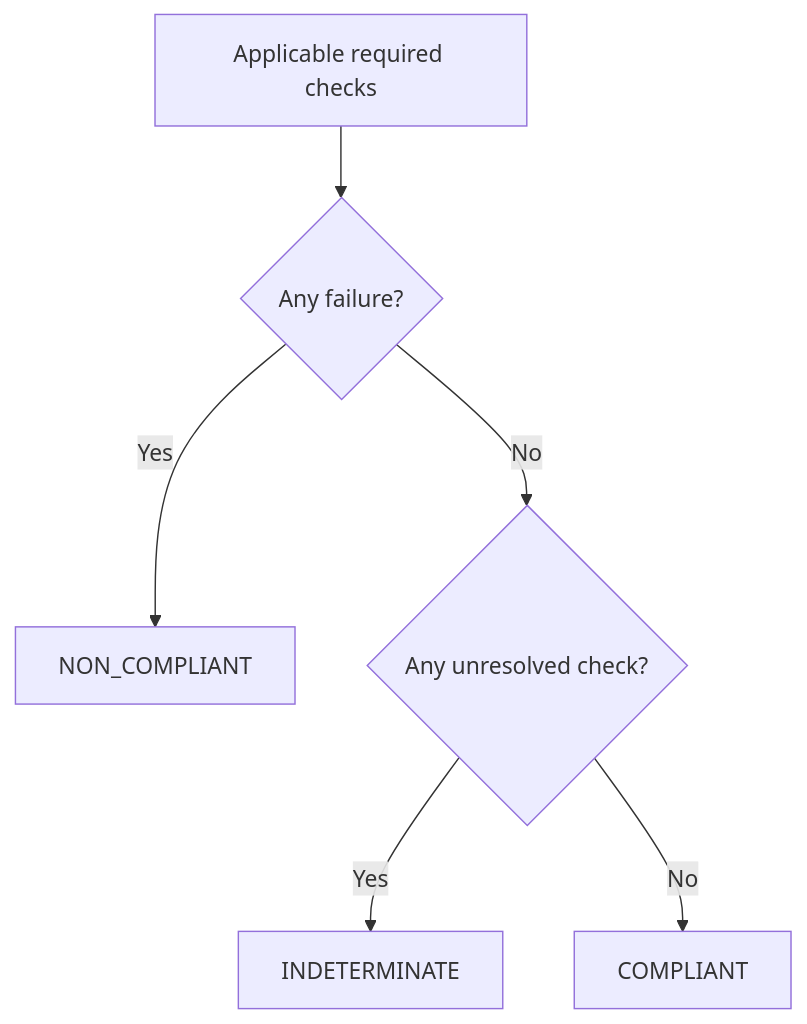
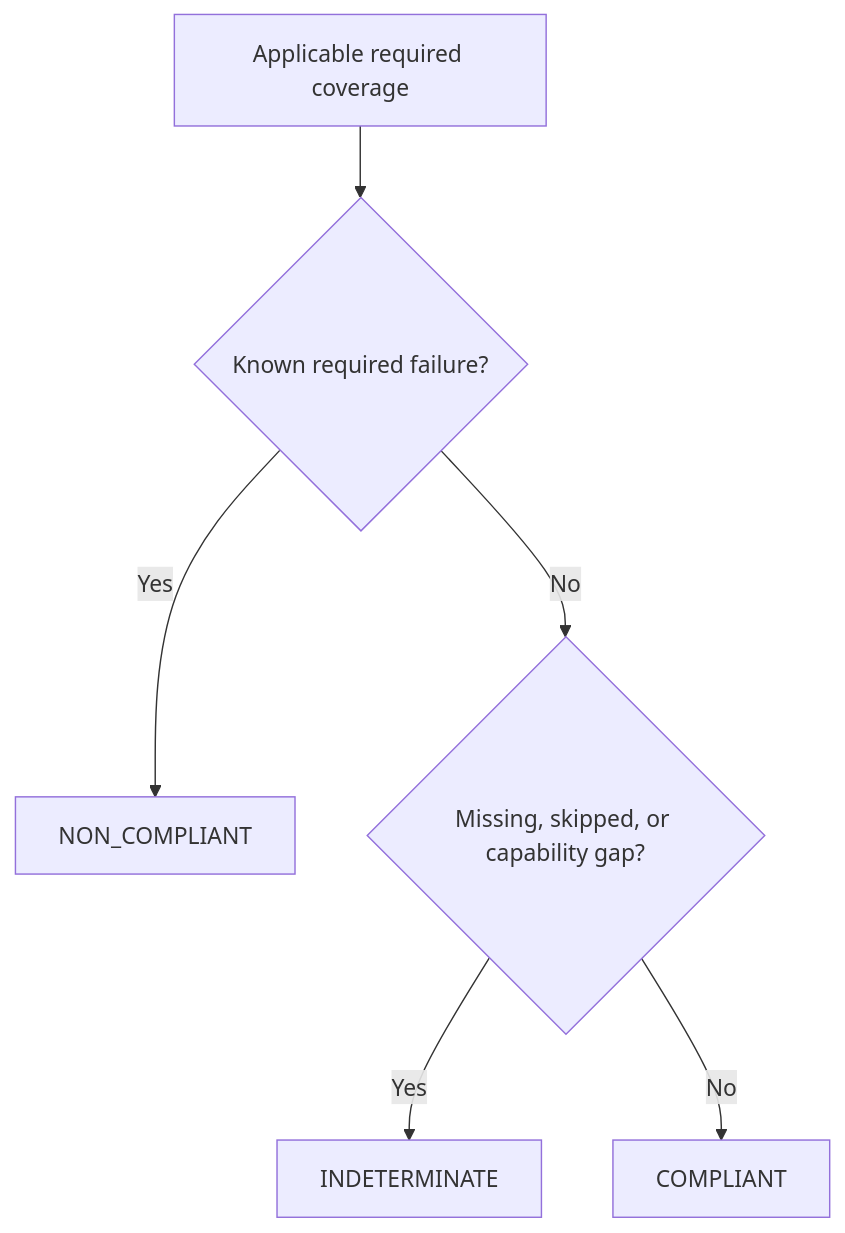
One commit to Devrajsinh-Jhala/ResearchPlot changed the diagram in docs/compliance.md. Above: the diagram before and after it, drawn with Mermaid. The commit also changed other lines of this file and 155 other files, not shown here.

````diff
--- a/docs/compliance.md
+++ b/docs/compliance.md
@@ -33,8 +47,8 @@
 ```mermaid
 flowchart TD
-    A["Applicable required checks"] --> B{"Any failure?"}
+    A["Applicable required coverage"] --> B{"Known required failure?"}
     B -- Yes --> N["NON_COMPLIANT"]
-    B -- No --> C{"Any unresolved check?"}
+    B -- No --> C{"Missing, skipped, or capability gap?"}
     C -- Yes --> I["INDETERMINATE"]
     C -- No --> P["COMPLIANT"]
 ```
````
